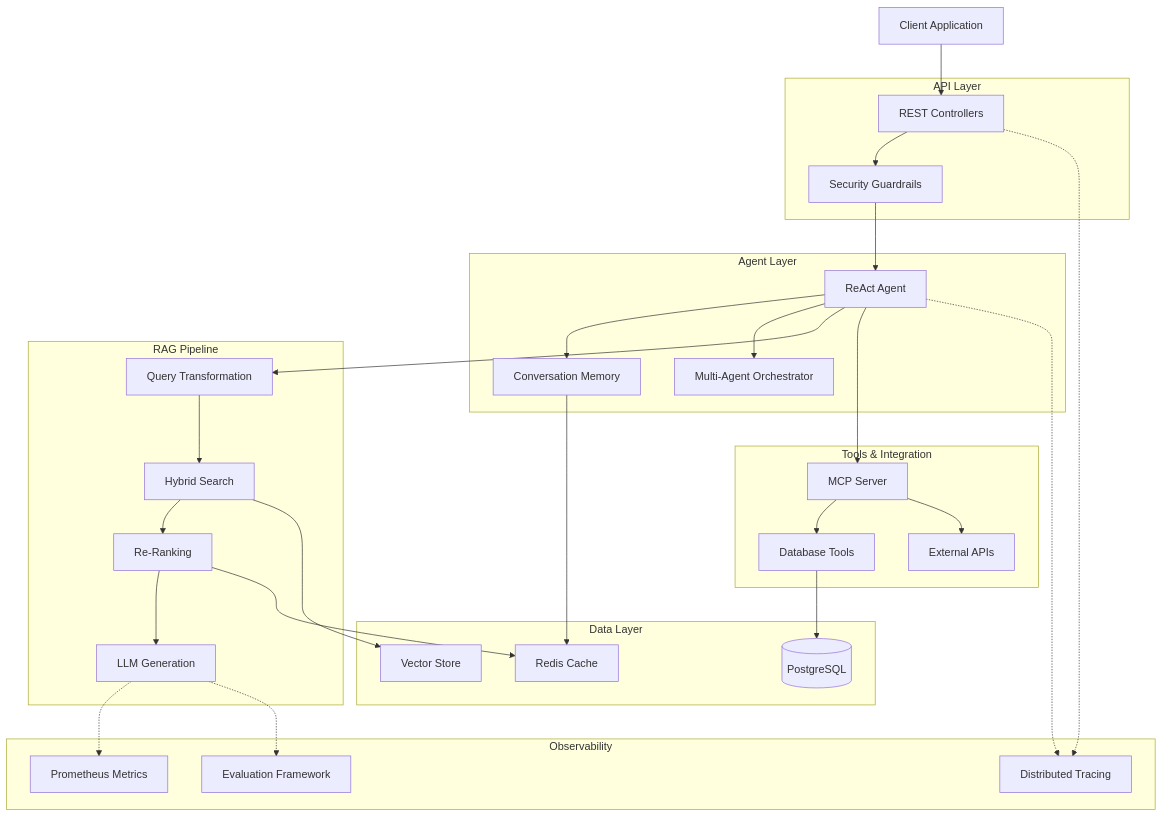
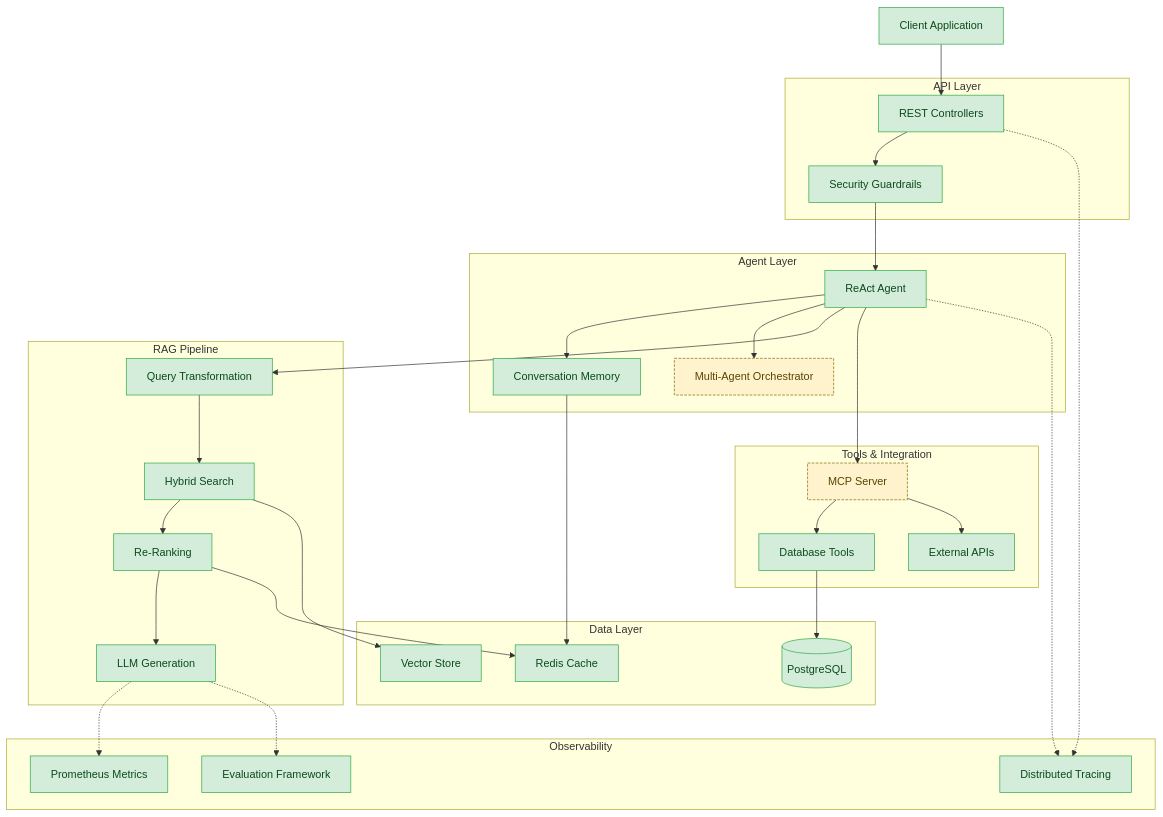
One commit to learnj-ai/workshops changed the diagram in llm-springboot/docs/tutorials/README.md. Above: the diagram before and after it, drawn with Mermaid. The commit also changed other lines of this file and 74 other files, not shown here.

````diff
--- a/llm-springboot/docs/tutorials/README.md
+++ b/llm-springboot/docs/tutorials/README.md
@@ -70,62 +70,68 @@
 ```mermaid
 graph TB
     Client[Client Application]
 
     subgraph "API Layer"
         Controller[REST Controllers]
         Security[Security Guardrails]
     end
 
     subgraph "Agent Layer"
         Agent[ReAct Agent]
         Memory[Conversation Memory]
         Orchestrator[Multi-Agent Orchestrator]
     end
 
     subgraph "RAG Pipeline"
         Query[Query Transformation]
         Hybrid[Hybrid Search]
         Rerank[Re-Ranking]
         Generation[LLM Generation]
     end
 
     subgraph "Tools & Integration"
         DB[Database Tools]
         API[External APIs]
         MCP[MCP Server]
     end
 
     subgraph "Data Layer"
         Vector[Vector Store]
         Cache[Redis Cache]
         Postgres[(PostgreSQL)]
     end
 
     subgraph "Observability"
         Tracing[Distributed Tracing]
         Metrics[Prometheus Metrics]
         Eval[Evaluation Framework]
     end
 
     Client --> Controller
     Controller --> Security
     Security --> Agent
     Agent --> Memory
     Agent --> Orchestrator
     Agent --> Query
     Query --> Hybrid
     Hybrid --> Rerank
     Rerank --> Generation
     Agent --> MCP
     MCP --> DB
     MCP --> API
     DB --> Postgres
     Hybrid --> Vector
     Memory --> Cache
     Rerank --> Cache
 
     Controller -.-> Tracing
     Agent -.-> Tracing
     Generation -.-> Metrics
     Generation -.-> Eval
+
+    classDef impl       fill:#d4edda,stroke:#28a745,stroke-width:1px,color:#0b4a1c;
+    classDef reference  fill:#fff3cd,stroke:#856404,stroke-width:1px,color:#5a4400,stroke-dasharray:4 2;
+
+    class Client,Controller,Security,Agent,Memory,Query,Hybrid,Rerank,Generation,DB,API,Vector,Cache,Postgres,Tracing,Metrics,Eval impl
+    class Orchestrator,MCP reference
 ```
````
